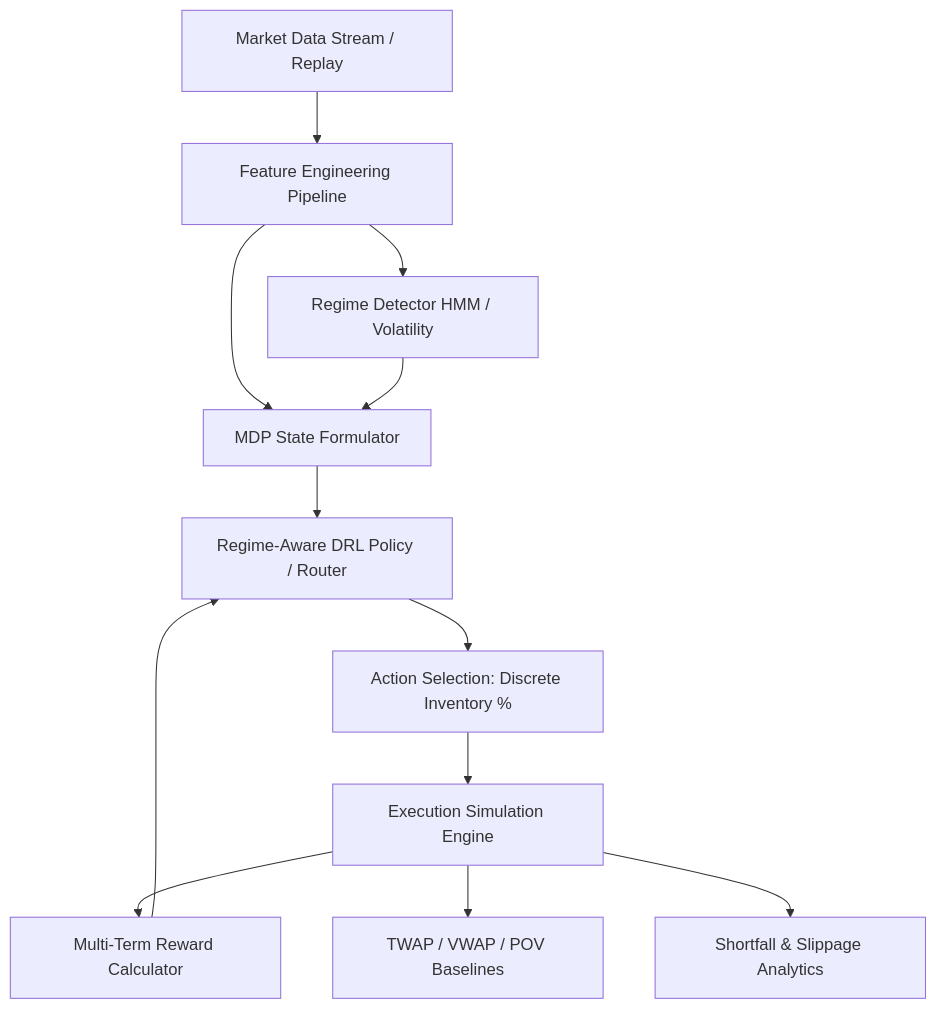
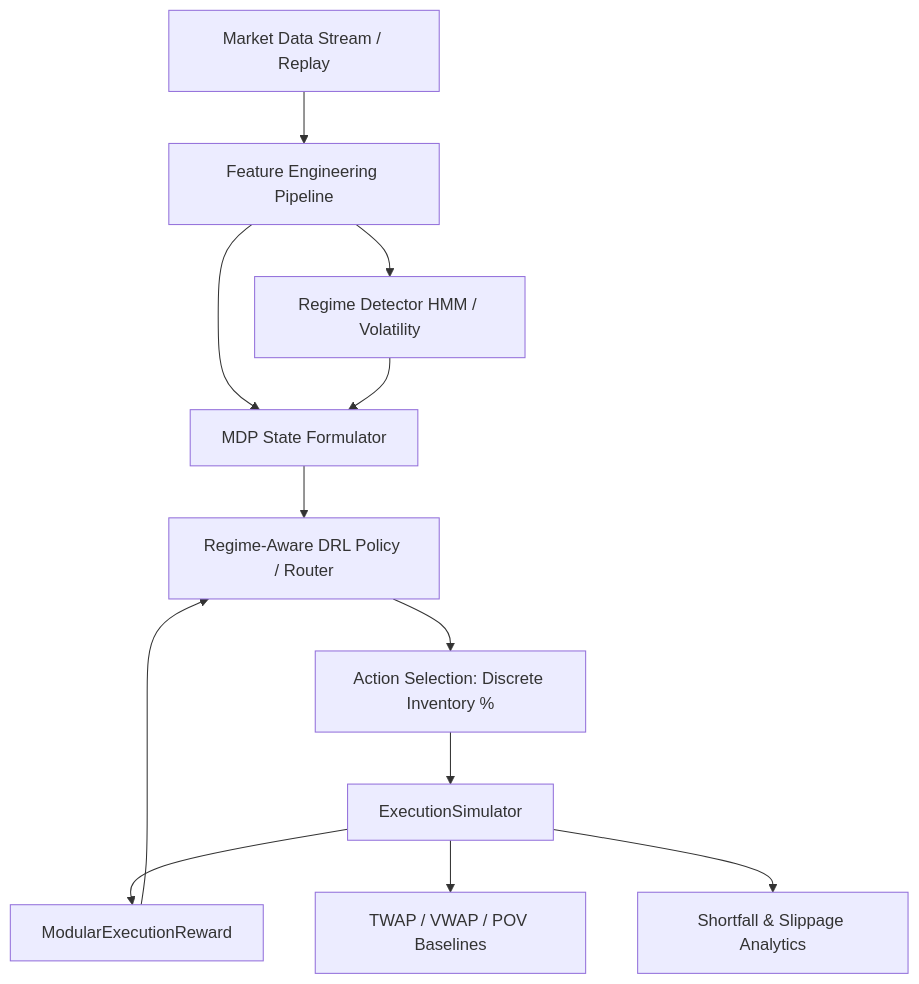
The diagram in README.md (nishnarudkar/KAIRO-Regime-Aware-Deep-Reinforcement-Learning-for-Optimal-Trade-Execution), drawn with Mermaid before and after one commit. The commit also changed other lines of this file and 15 other files, not shown here.

First line of the commit message:
feat: implement ExecutionSimulator, TradeExecutionEnv (Gymnasium MDP), and modular reward

````diff
--- a/README.md
+++ b/README.md
@@ -12,14 +29,14 @@
 ```mermaid
 flowchart TD
     Data[Market Data Stream / Replay] --> FeatureEng[Feature Engineering Pipeline]
     FeatureEng --> RegimeDet[Regime Detector HMM / Volatility]
     FeatureEng --> StateBuilder[MDP State Formulator]
     RegimeDet --> StateBuilder
     StateBuilder --> Agent[Regime-Aware DRL Policy / Router]
     Agent --> ActionSpace[Action Selection: Discrete Inventory %]
-    ActionSpace --> ExecEnv[Execution Simulation Engine]
-    ExecEnv --> RewardEngine[Multi-Term Reward Calculator]
+    ActionSpace --> ExecEnv[ExecutionSimulator]
+    ExecEnv --> RewardEngine[ModularExecutionReward]
     RewardEngine --> Agent
     ExecEnv --> Benchmark[TWAP / VWAP / POV Baselines]
     ExecEnv --> Metrics[Shortfall & Slippage Analytics]
 ```
````
